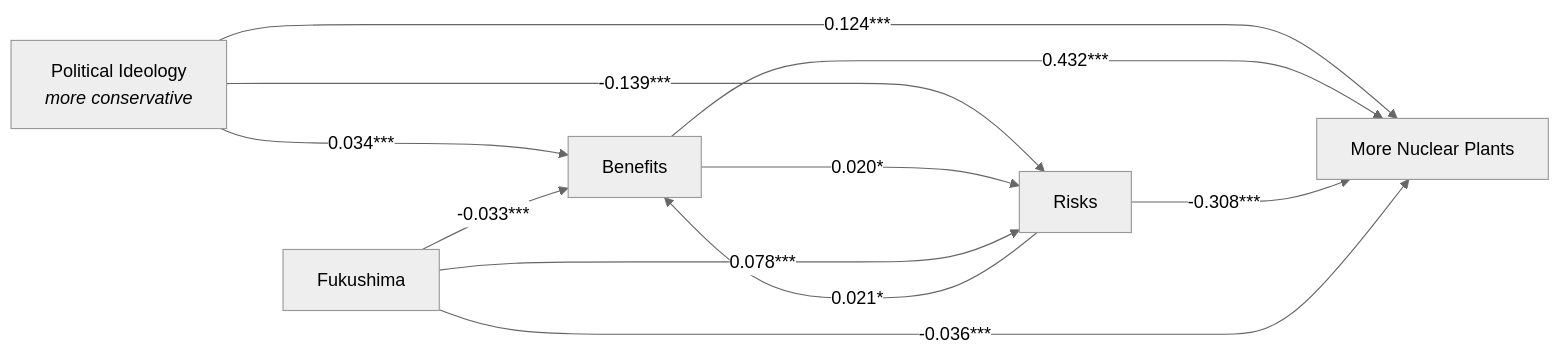
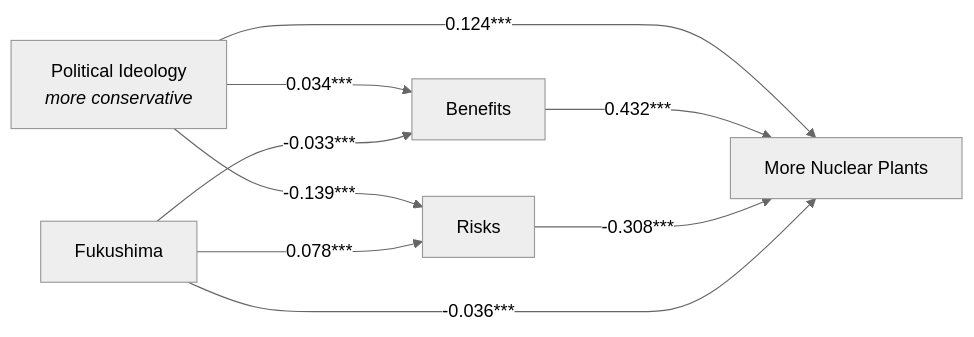
One commit to mnowlin/policy-learning-element changed the third of 3 diagrams in chapter-drafts/chap3.qmd. Above: the diagram before and after it, drawn with Mermaid. The commit also changed other lines of this file, not shown here.

````diff
--- a/chapter-drafts/chap3.qmd
+++ b/chapter-drafts/chap3.qmd
@@ -311,16 +345,14 @@
 ```{mermaid}
 %%| fig-cap: Path Analysis of Ideology, Fukushima, Nuclear Energy Beliefs, and Preferences for More Nuclear Plants
 %%| label: fig-results
 %%{init: {'theme':'neutral'}}%%
 flowchart LR
-    A[Political Ideology <br> <i> more conservative] --"0.034***" ---> B
-    A[Political Ideology <br> <i> more conservative] --"-0.139***" ---> C
+    A[Political Ideology <br> <i> more conservative] --"0.034***" ---> B[Benefits]
+    A[Political Ideology <br> <i> more conservative] --"-0.139***" ---> C[Risks]
     A[Political Ideology <br> <i> more conservative] --"0.124***" --> D
-    B[Benefits] --"0.020*" ---> C[Risks]
-    C --"0.021*"---> B
     E[Fukushima] --"-0.033***"--> B
     E[Fukushima] --"0.078***"--> C
     B --"0.432***"--> D[More Nuclear Plants]
     C --"-0.308***"---> D[More Nuclear Plants]
     E[Fukushima] --"-0.036***"-----> D
 ```
````
